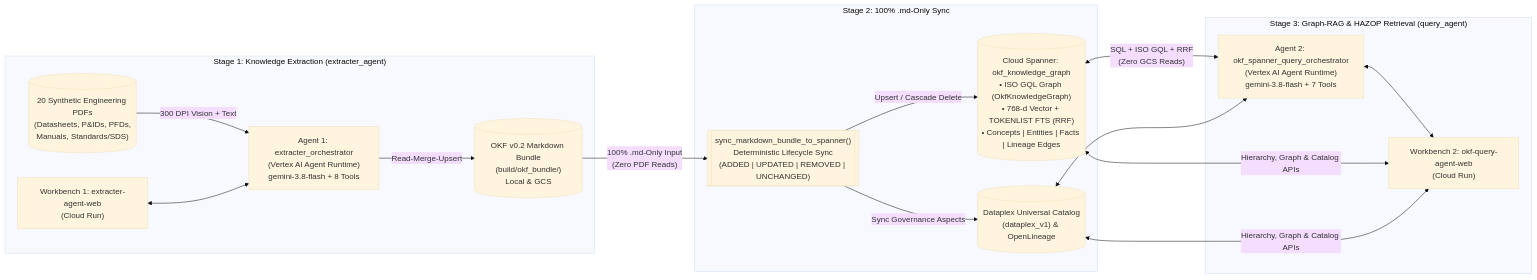
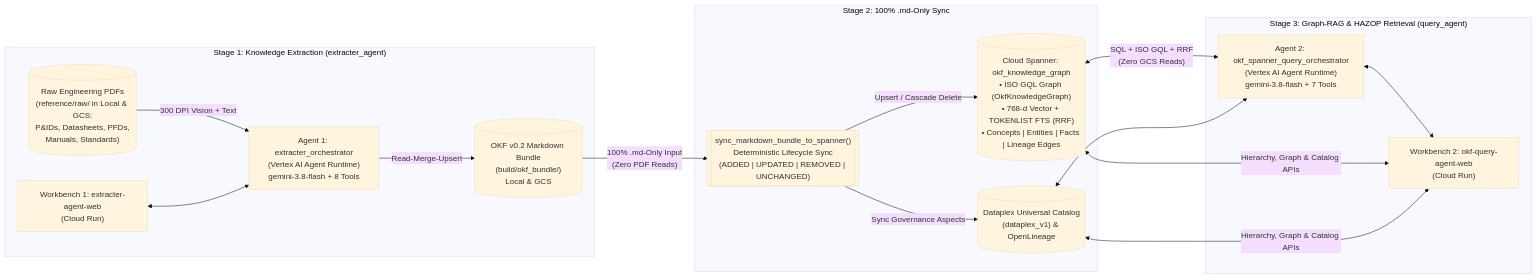
One commit to pantana-na/engineering-kg-and-extractor changed the diagram in README.md. Above: the diagram before and after it, drawn with Mermaid (base theme). The commit also changed other lines of this file and 2 other files, not shown here.

Commit message:
docs(readme,deploy): remove outdated synthetic data sections, streamline 4-step workflow, and harden deploy.sh

````diff
--- a/README.md
+++ b/README.md
@@ -44,33 +46,33 @@
 ```mermaid
 flowchart LR
     subgraph Stage1["Stage 1: Knowledge Extraction (extracter_agent)"]
-        RawPDFs[("20 Synthetic Engineering PDFs\n(Datasheets, P&IDs, PFDs,\nManuals, Standards/SDS)")]
+        RawPDFs[("Raw Engineering PDFs\n(reference/raw/ in Local & GCS:\nP&IDs, Datasheets, PFDs,\nManuals, Standards)")]
         ExtUI["Workbench 1: extracter-agent-web\n(Cloud Run)"]
         ExtAgent["Agent 1: extracter_orchestrator\n(Vertex AI Agent Runtime)\ngemini-3.8-flash + 8 Tools"]
         MdBundle[("OKF v0.2 Markdown Bundle\n(build/okf_bundle/)\nLocal & GCS")]
 
         RawPDFs -->|"300 DPI Vision + Text"| ExtAgent
         ExtUI <--> ExtAgent
         ExtAgent -->|"Read-Merge-Upsert"| MdBundle
     end
 
     subgraph Stage2["Stage 2: 100% .md-Only Sync"]
         SyncFn[["sync_markdown_bundle_to_spanner()\nDeterministic Lifecycle Sync\n(ADDED | UPDATED | REMOVED | UNCHANGED)"]]
         Spanner[("Cloud Spanner: okf_knowledge_graph\n• ISO GQL Graph (OkfKnowledgeGraph)\n• 768-d Vector + TOKENLIST FTS (RRF)\n• Concepts | Entities | Facts | Lineage Edges")]
         Dataplex[("Dataplex Universal Catalog\n(dataplex_v1) & OpenLineage")]
 
         MdBundle -->|"100% .md-Only Input\n(Zero PDF Reads)"| SyncFn
         SyncFn -->|"Upsert / Cascade Delete"| Spanner
         SyncFn -->|"Sync Governance Aspects"| Dataplex
     end
 
     subgraph Stage3["Stage 3: Graph-RAG & HAZOP Retrieval (query_agent)"]
         QueryAgent["Agent 2: okf_spanner_query_orchestrator\n(Vertex AI Agent Runtime)\ngemini-3.8-flash + 7 Tools"]
         QueryUI["Workbench 2: okf-query-agent-web\n(Cloud Run)"]
 
         Spanner <-->|"SQL + ISO GQL + RRF\n(Zero GCS Reads)"| QueryAgent
         Dataplex <--> QueryAgent
         QueryAgent <--> QueryUI
         Spanner & Dataplex <-->|"Hierarchy, Graph & Catalog APIs"| QueryUI
     end
 ```
````
